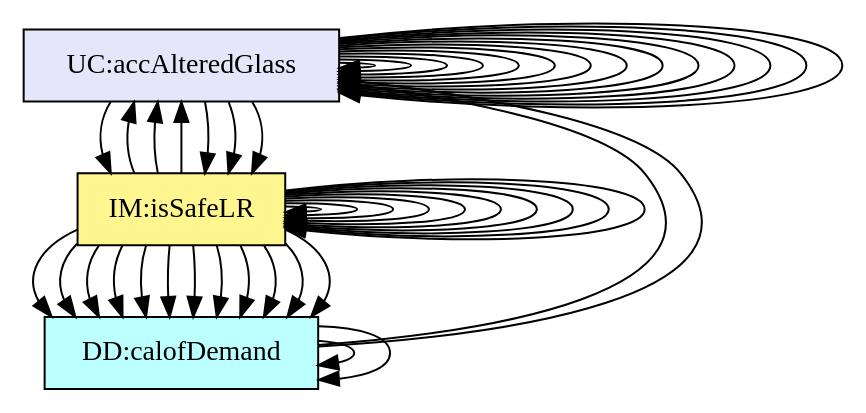
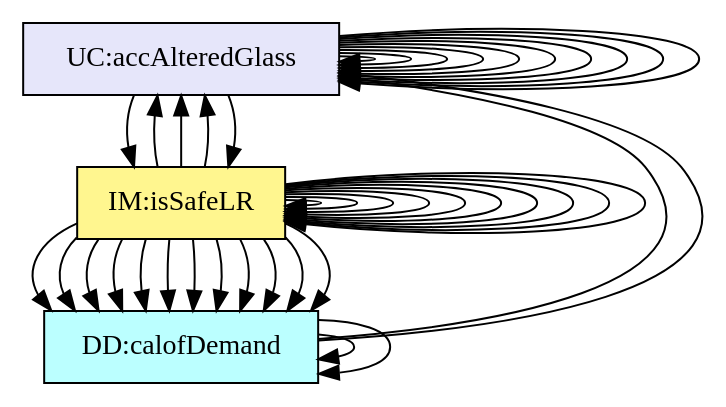
The diagram in code/stable/glassbr/TraceyGraph/allvsall.dot (JacquesCarette/Drasil), drawn with Graphviz before and after one commit. The commit also changed 49 other files, not shown here.

```diff
--- a/code/stable/glassbr/TraceyGraph/allvsall.dot
+++ b/code/stable/glassbr/TraceyGraph/allvsall.dot
@@ -1,145 +1,134 @@
 digraph allvsall {
 	instance:assumpLDFC -> instance:assumpSV;
 	dataDefn:loadDurFactor -> instance:assumpSV;
 	dataDefn:loadDurFactor -> instance:assumpLDFC;
 	dataDefn:demandq -> dataDefn:stdOffDist;
 	dataDefn:demandq -> dataDefn:eqTNTChar;
 	theory:riskFun -> dataDefn:minThick;
 	theory:riskFun -> dataDefn:loadDurFactor;
 	theory:riskFun -> theory:stressDistFac;
 	theory:stressDistFac -> dataDefn:aR;
 	theory:stressDistFac -> theory:dimlessLoad;
 	theory:nFL -> instance:assumpSV;
 	theory:nFL -> dataDefn:minThick;
 	theory:nFL -> theory:tolLoad;
 	theory:dimlessLoad -> instance:assumpSV;
 	theory:dimlessLoad -> dataDefn:minThick;
 	theory:dimlessLoad -> dataDefn:glassTypeFac;
 	theory:dimlessLoad -> dataDefn:demandq;
 	theory:tolLoad -> dataDefn:aR;
 	theory:tolLoad -> theory:sdfTol;
 	theory:sdfTol -> instance:assumpSV;
 	theory:sdfTol -> dataDefn:minThick;
 	theory:sdfTol -> dataDefn:loadDurFactor;
 	theory:probBr -> theory:riskFun;
 	theory:lResistance -> dataDefn:glassTypeFac;
 	theory:lResistance -> theory:nFL;
 	theory:isSafePb -> theory:probBr;
 	theory:isSafePb -> theory:isSafeLR;
 	theory:isSafeLR -> dataDefn:demandq;
 	theory:isSafeLR -> theory:lResistance;
 	theory:isSafeLR -> theory:isSafePb;
-	instance:outputValsAndKnownValues -> instance:sysSetValsFollowingAssumps;
-	instance:outputValsAndKnownValues -> instance:inputValues;
-	instance:outputValsAndKnownValues -> instance:sysSetValsFollowingAssumps;
-	instance:checkGlassSafety -> theory:isSafePb;
-	instance:checkGlassSafety -> theory:isSafeLR;
-	instance:outputValsAndKnownValues -> instance:sysSetValsFollowingAssumps;
 	instance:outputValsAndKnownValues -> instance:inputValues;
 	instance:outputValsAndKnownValues -> instance:sysSetValsFollowingAssumps;
 	instance:checkGlassSafety -> theory:isSafePb;
 	instance:checkGlassSafety -> theory:isSafeLR;
 	instance:calcInternalBlastRisk -> instance:assumpES;
 	instance:varValsOfmkE -> instance:assumpSV;
 	instance:varValsOfmkE -> instance:assumpLDFC;
 	instance:accMoreThanSingleLite -> instance:assumpGL;
 	instance:accMoreBoundaryConditions -> instance:assumpBC;
 	instance:considerMoreThanFlexGlass -> instance:assumpRT;
 	instance:accAlteredGlass -> instance:assumpGC;
 
 
 	instance:assumpGT	[shape=box, color=black, style=filled, fillcolor=mistyrose, label="A:assumpGT"];
 	instance:assumpGC	[shape=box, color=black, style=filled, fillcolor=mistyrose, label="A:assumpGC"];
 	instance:assumpES	[shape=box, color=black, style=filled, fillcolor=mistyrose, label="A:assumpES"];
 	instance:assumpSV	[shape=box, color=black, style=filled, fillcolor=mistyrose, label="A:assumpSV"];
 	instance:assumpGL	[shape=box, color=black, style=filled, fillcolor=mistyrose, label="A:assumpGL"];
 	instance:assumpBC	[shape=box, color=black, style=filled, fillcolor=mistyrose, label="A:assumpBC"];
 	instance:assumpRT	[shape=box, color=black, style=filled, fillcolor=mistyrose, label="A:assumpRT"];
 	instance:assumpLDFC	[shape=box, color=black, style=filled, fillcolor=mistyrose, label="A:assumpLDFC"];
 
 	subgraph A {
 	rank="same"
 	{instance:assumpGT, instance:assumpGC, instance:assumpES, instance:assumpSV, instance:assumpGL, instance:assumpBC, instance:assumpRT, instance:assumpLDFC}
 	}
 
 	dataDefn:minThick	[shape=box, color=black, style=filled, fillcolor=paleturquoise1, label="DD:minThick"];
 	dataDefn:loadDurFactor	[shape=box, color=black, style=filled, fillcolor=paleturquoise1, label="DD:loadDurFactor"];
 	dataDefn:glassTypeFac	[shape=box, color=black, style=filled, fillcolor=paleturquoise1, label="DD:gTF"];
 	dataDefn:stdOffDist	[shape=box, color=black, style=filled, fillcolor=paleturquoise1, label="DD:standOffDist"];
 	dataDefn:aR	[shape=box, color=black, style=filled, fillcolor=paleturquoise1, label="DD:aspectRatio"];
 	dataDefn:eqTNTChar	[shape=box, color=black, style=filled, fillcolor=paleturquoise1, label="DD:eqTNTW"];
 	dataDefn:demandq	[shape=box, color=black, style=filled, fillcolor=paleturquoise1, label="DD:calofDemand"];
 
 	subgraph DD {
 	rank="same"
 	{dataDefn:minThick, dataDefn:loadDurFactor, dataDefn:glassTypeFac, dataDefn:stdOffDist, dataDefn:aR, dataDefn:eqTNTChar, dataDefn:demandq}
 	}
 
 	theory:isSafeProb	[shape=box, color=black, style=filled, fillcolor=pink, label="TM:isSafeProb"];
 	theory:isSafeLoad	[shape=box, color=black, style=filled, fillcolor=pink, label="TM:isSafeLoad"];
 
 	subgraph TM {
 	rank="same"
 	{theory:isSafeProb, theory:isSafeLoad}
 	}
 
 	theory:riskFun	[shape=box, color=black, style=filled, fillcolor=khaki1, label="IM:riskFun"];
 	theory:stressDistFac	[shape=box, color=black, style=filled, fillcolor=khaki1, label="IM:stressDistFac"];
 	theory:nFL	[shape=box, color=black, style=filled, fillcolor=khaki1, label="IM:nFL"];
 	theory:dimlessLoad	[shape=box, color=black, style=filled, fillcolor=khaki1, label="IM:dimlessLoad"];
 	theory:tolLoad	[shape=box, color=black, style=filled, fillcolor=khaki1, label="IM:tolLoad"];
 	theory:sdfTol	[shape=box, color=black, style=filled, fillcolor=khaki1, label="IM:sdfTol"];
 	theory:probBr	[shape=box, color=black, style=filled, fillcolor=khaki1, label="IM:probOfBreak"];
 	theory:lResistance	[shape=box, color=black, style=filled, fillcolor=khaki1, label="IM:calofCapacity"];
 	theory:isSafePb	[shape=box, color=black, style=filled, fillcolor=khaki1, label="IM:isSafePb"];
 	theory:isSafeLR	[shape=box, color=black, style=filled, fillcolor=khaki1, label="IM:isSafeLR"];
 
 	subgraph IM {
 	rank="same"
 	{theory:riskFun, theory:stressDistFac, theory:nFL, theory:dimlessLoad, theory:tolLoad, theory:sdfTol, theory:probBr, theory:lResistance, theory:isSafePb, theory:isSafeLR}
 	}
 
-	instance:sysSetValsFollowingAssumps	[shape=box, color=black, style=filled, fillcolor=ivory, label="FR:sysSetValsFollowingAssumps"];
-	instance:checkInputWithDataCons	[shape=box, color=black, style=filled, fillcolor=ivory, label="FR:checkInputWithDataCons"];
-	instance:outputValsAndKnownValues	[shape=box, color=black, style=filled, fillcolor=ivory, label="FR:outputValsAndKnownValues"];
-	instance:checkGlassSafety	[shape=box, color=black, style=filled, fillcolor=ivory, label="FR:checkGlassSafety"];
-	instance:outputValues	[shape=box, color=black, style=filled, fillcolor=ivory, label="FR:outputValues"];
 	instance:correct	[shape=box, color=black, style=filled, fillcolor=ivory, label="NFR:correct"];
 	instance:verifiable	[shape=box, color=black, style=filled, fillcolor=ivory, label="NFR:verifiable"];
 	instance:understandable	[shape=box, color=black, style=filled, fillcolor=ivory, label="NFR:understandable"];
 	instance:reusable	[shape=box, color=black, style=filled, fillcolor=ivory, label="NFR:reusable"];
 	instance:maintainable	[shape=box, color=black, style=filled, fillcolor=ivory, label="NFR:maintainable"];
 	instance:portable	[shape=box, color=black, style=filled, fillcolor=ivory, label="NFR:portable"];
 	instance:inputValues	[shape=box, color=black, style=filled, fillcolor=ivory, label="FR:inputValues"];
 	instance:sysSetValsFollowingAssumps	[shape=box, color=black, style=filled, fillcolor=ivory, label="FR:sysSetValsFollowingAssumps"];
 	instance:checkInputWithDataCons	[shape=box, color=black, style=filled, fillcolor=ivory, label="FR:checkInputWithDataCons"];
 	instance:outputValsAndKnownValues	[shape=box, color=black, style=filled, fillcolor=ivory, label="FR:outputValsAndKnownValues"];
 	instance:checkGlassSafety	[shape=box, color=black, style=filled, fillcolor=ivory, label="FR:checkGlassSafety"];
 	instance:outputValues	[shape=box, color=black, style=filled, fillcolor=ivory, label="FR:outputValues"];
 
-	subgraph FR {
+	subgraph NFR {
 	rank="same"
-	{instance:sysSetValsFollowingAssumps, instance:checkInputWithDataCons, instance:outputValsAndKnownValues, instance:checkGlassSafety, instance:outputValues, instance:correct, instance:verifiable, instance:understandable, instance:reusable, instance:maintainable, instance:portable, instance:inputValues, instance:sysSetValsFollowingAssumps, instance:checkInputWithDataCons, instance:outputValsAndKnownValues, instance:checkGlassSafety, instance:outputValues}
+	{instance:correct, instance:verifiable, instance:understandable, instance:reusable, instance:maintainable, instance:portable, instance:inputValues, instance:sysSetValsFollowingAssumps, instance:checkInputWithDataCons, instance:outputValsAndKnownValues, instance:checkGlassSafety, instance:outputValues}
 	}
 
 	instance:willBreakGS	[shape=box, color=black, style=filled, fillcolor=darkgoldenrod1, label="GS:willBreakGS"];
 
 	subgraph GS {
 	rank="same"
 	{instance:willBreakGS}
 	}
 
 	instance:calcInternalBlastRisk	[shape=box, color=black, style=filled, fillcolor=lavender, label="LC:calcInternalBlastRisk"];
 	instance:varValsOfmkE	[shape=box, color=black, style=filled, fillcolor=lavender, label="LC:varValsOfmkE"];
 	instance:accMoreThanSingleLite	[shape=box, color=black, style=filled, fillcolor=lavender, label="LC:accMoreThanSingleLite"];
 	instance:accMoreBoundaryConditions	[shape=box, color=black, style=filled, fillcolor=lavender, label="LC:accMoreBoundaryConditions"];
 	instance:considerMoreThanFlexGlass	[shape=box, color=black, style=filled, fillcolor=lavender, label="LC:considerMoreThanFlexGlass"];
 	instance:predictWithstandOfCertDeg	[shape=box, color=black, style=filled, fillcolor=lavender, label="UC:predictWithstandOfCertDeg"];
 	instance:accAlteredGlass	[shape=box, color=black, style=filled, fillcolor=lavender, label="UC:accAlteredGlass"];
 
 	subgraph LC {
 	rank="same"
 	{instance:calcInternalBlastRisk, instance:varValsOfmkE, instance:accMoreThanSingleLite, instance:accMoreBoundaryConditions, instance:considerMoreThanFlexGlass, instance:predictWithstandOfCertDeg, instance:accAlteredGlass}
 	}
 
 }
```
